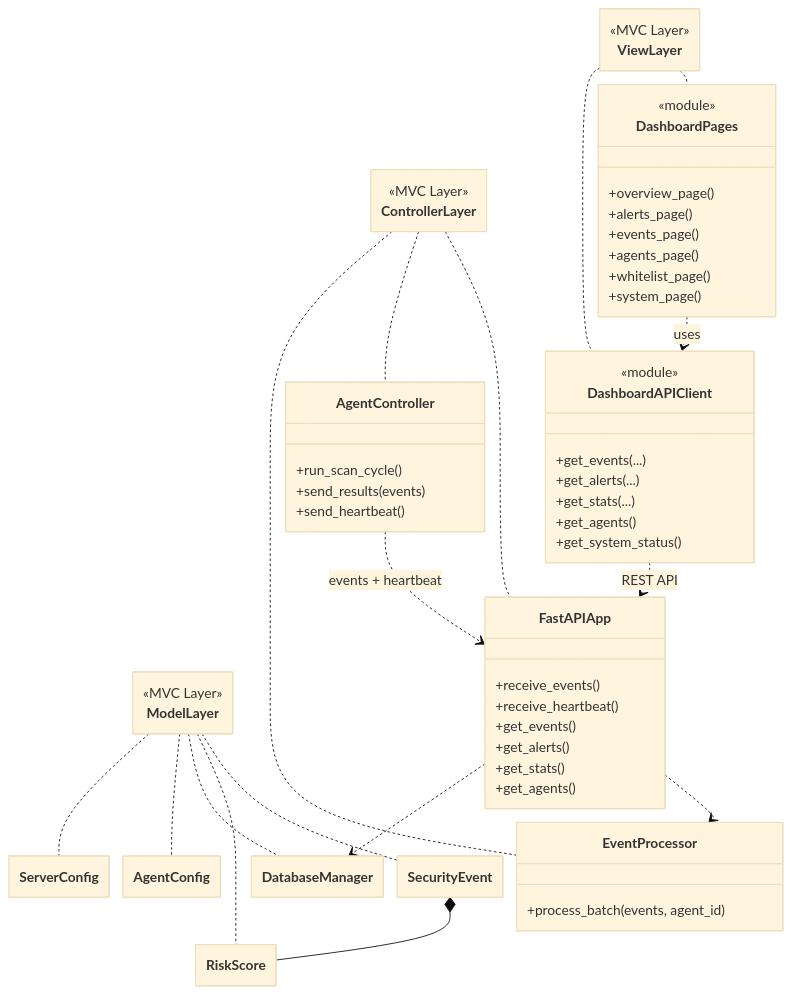
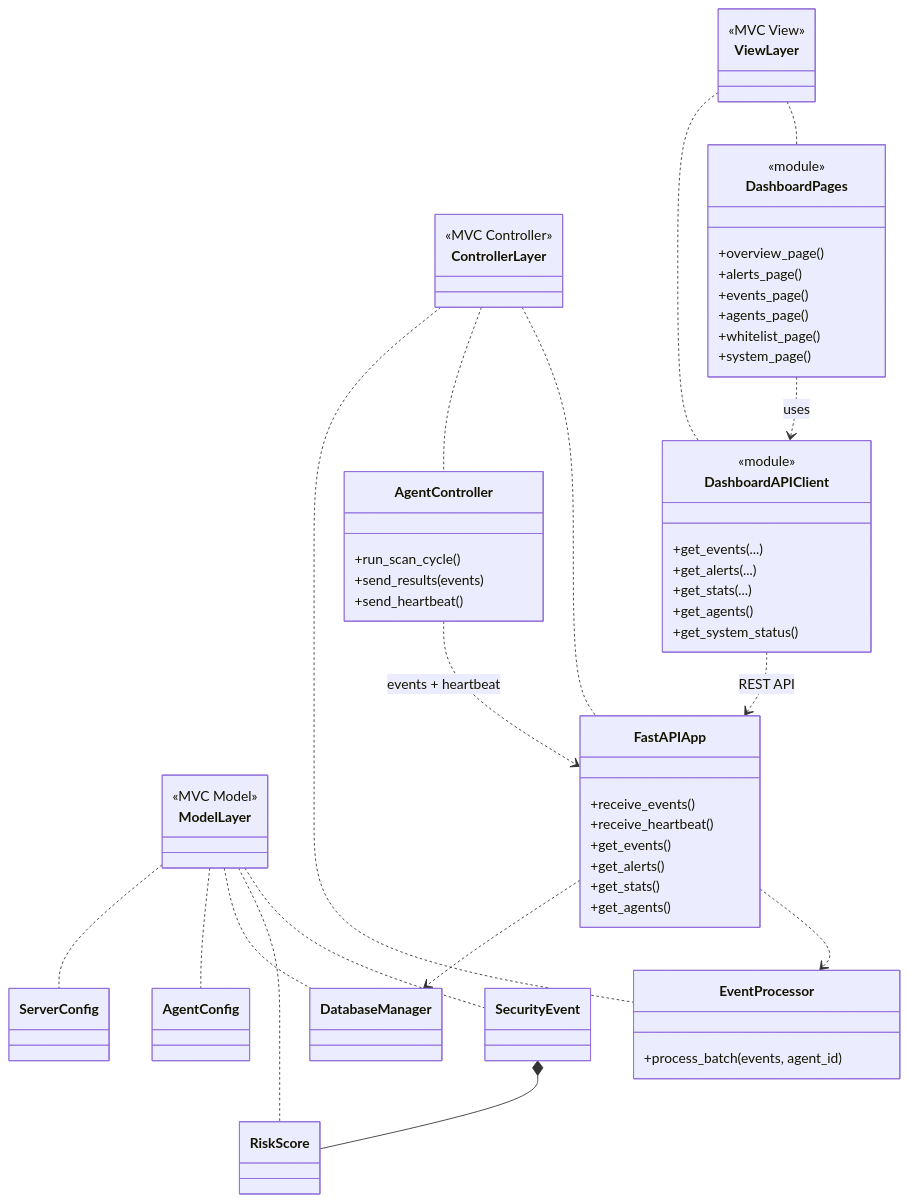
Before and after one commit to kupetsovkn24-lgtm/HIDS: the third of 4 diagrams in uml4.md, drawn with Mermaid. The commit also changed other lines of this file, not shown here.

Commit message:
Update UML diagrams and section titles

````diff
--- a/uml4.md
+++ b/uml4.md
@@ -158,73 +159,78 @@
 ```mermaid
-%%{init: {"theme":"base","flowchart":{"nodeSpacing":16,"rankSpacing":16},"class":{"hideEmptyMembersBox":true}}}%%
 classDiagram
 direction TB
 
-class ViewLayer { <<MVC Layer>> }
-class ControllerLayer { <<MVC Layer>> }
-class ModelLayer { <<MVC Layer>> }
+class ViewLayer {
+  <<MVC View>>
+}
+class ControllerLayer {
+  <<MVC Controller>>
+}
+class ModelLayer {
+  <<MVC Model>>
+}
 
 class DashboardPages {
   <<module>>
   +overview_page()
   +alerts_page()
   +events_page()
   +agents_page()
   +whitelist_page()
   +system_page()
 }
 
 class DashboardAPIClient {
   <<module>>
   +get_events(...)
   +get_alerts(...)
   +get_stats(...)
   +get_agents()
   +get_system_status()
 }
 
 class FastAPIApp {
   +receive_events()
   +receive_heartbeat()
   +get_events()
   +get_alerts()
   +get_stats()
   +get_agents()
 }
 
 class AgentController {
   +run_scan_cycle()
   +send_results(events)
   +send_heartbeat()
 }
 
 class EventProcessor {
   +process_batch(events, agent_id)
 }
 
 class SecurityEvent
 class RiskScore
 class DatabaseManager
 class AgentConfig
 class ServerConfig
 
 ViewLayer .. DashboardPages
 ViewLayer .. DashboardAPIClient
 
 ControllerLayer .. FastAPIApp
 ControllerLayer .. AgentController
 ControllerLayer .. EventProcessor
 
 ModelLayer .. SecurityEvent
 ModelLayer .. RiskScore
 ModelLayer .. DatabaseManager
 ModelLayer .. AgentConfig
 ModelLayer .. ServerConfig
 
 DashboardPages ..> DashboardAPIClient : uses
 DashboardAPIClient ..> FastAPIApp : REST API
 AgentController ..> FastAPIApp : events + heartbeat
 FastAPIApp ..> EventProcessor
 FastAPIApp ..> DatabaseManager
 SecurityEvent *-- RiskScore
 ```
````
